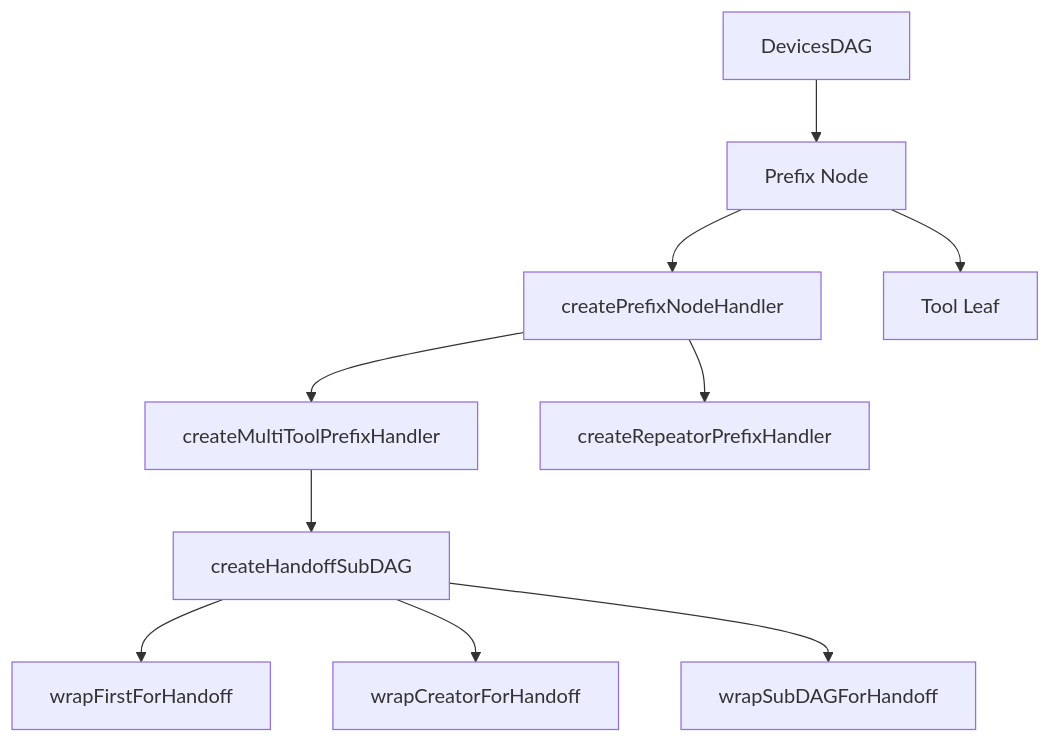
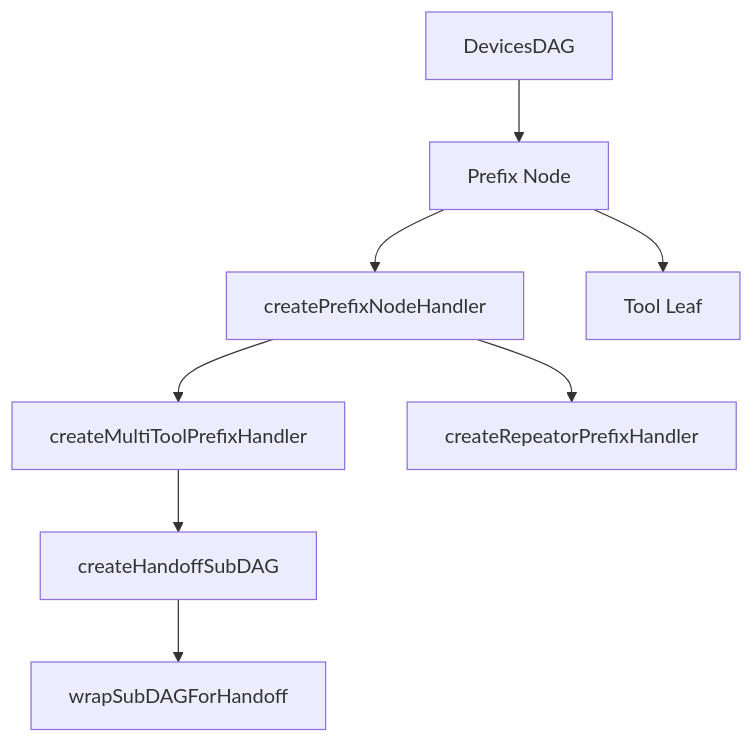
Before and after one commit to Frank-Steven/HoundWhiteboard: the first of 2 diagrams in src/core/prefixs/docs/prefix-document.md, drawn with Mermaid. The commit also changed other lines of this file and 10 other files, not shown here.

````diff
--- a/src/core/prefixs/docs/prefix-document.md
+++ b/src/core/prefixs/docs/prefix-document.md
@@ -52,12 +52,10 @@
 ```mermaid
 flowchart TD
     Tree[DevicesDAG] --> Prefix[Prefix Node]
     Prefix --> Base[createPrefixNodeHandler]
     Base --> Multi[createMultiToolPrefixHandler]
     Base --> Repeator[createRepeatorPrefixHandler]
     Multi --> Handoff[createHandoffSubDAG]
-    Handoff --> WrapFirst[wrapFirstForHandoff]
-    Handoff --> WrapCreator[wrapCreatorForHandoff]
     Handoff --> WrapSub[wrapSubDAGForHandoff]
     Prefix --> Tool[Tool Leaf]
 ```
````
